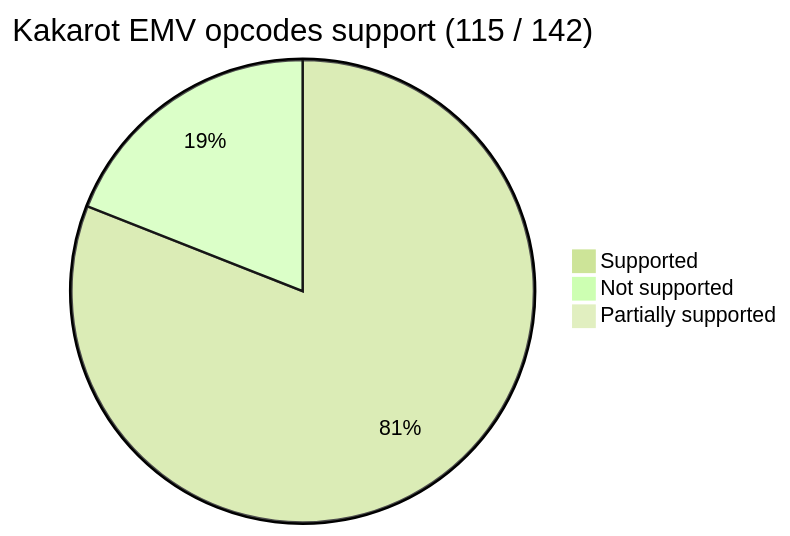
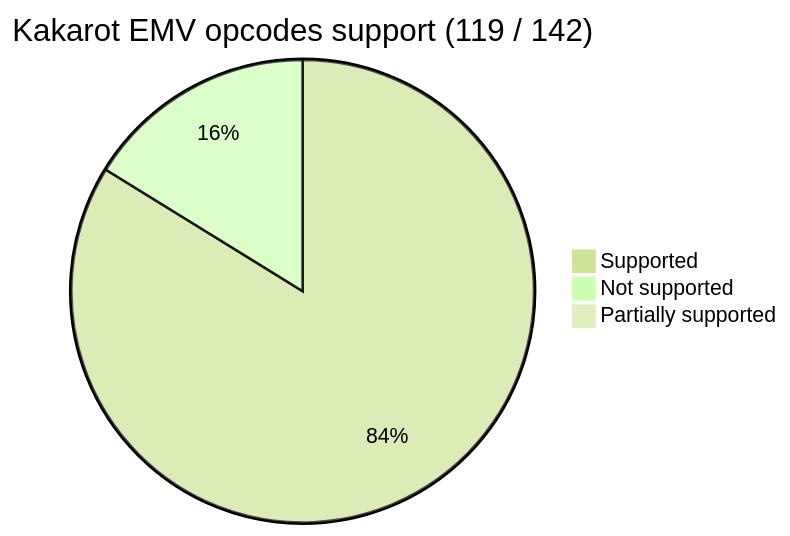
The first of 2 diagrams in README.md (kkrt-labs/kakarot), drawn with Mermaid before and after one commit. The commit also changed 5 other files, not shown here.

````diff
--- a/README.md
+++ b/README.md
@@ -38,9 +38,9 @@
 ```mermaid
 %%{init: {'theme': 'forest', 'themeVariables': { 'darkMode': 'false'}}}%%
 
-pie title Kakarot EMV opcodes support (115 / 142)
-    "Supported" : 115
-    "Not supported" : 27
+pie title Kakarot EMV opcodes support (119 / 142)
+    "Supported" : 119
+    "Not supported" : 23
 
     "Partially supported" : 0
 ```
````
